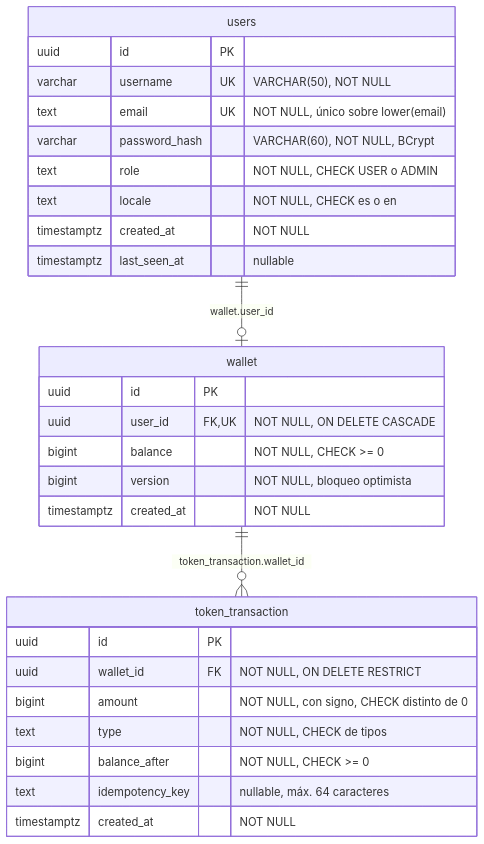
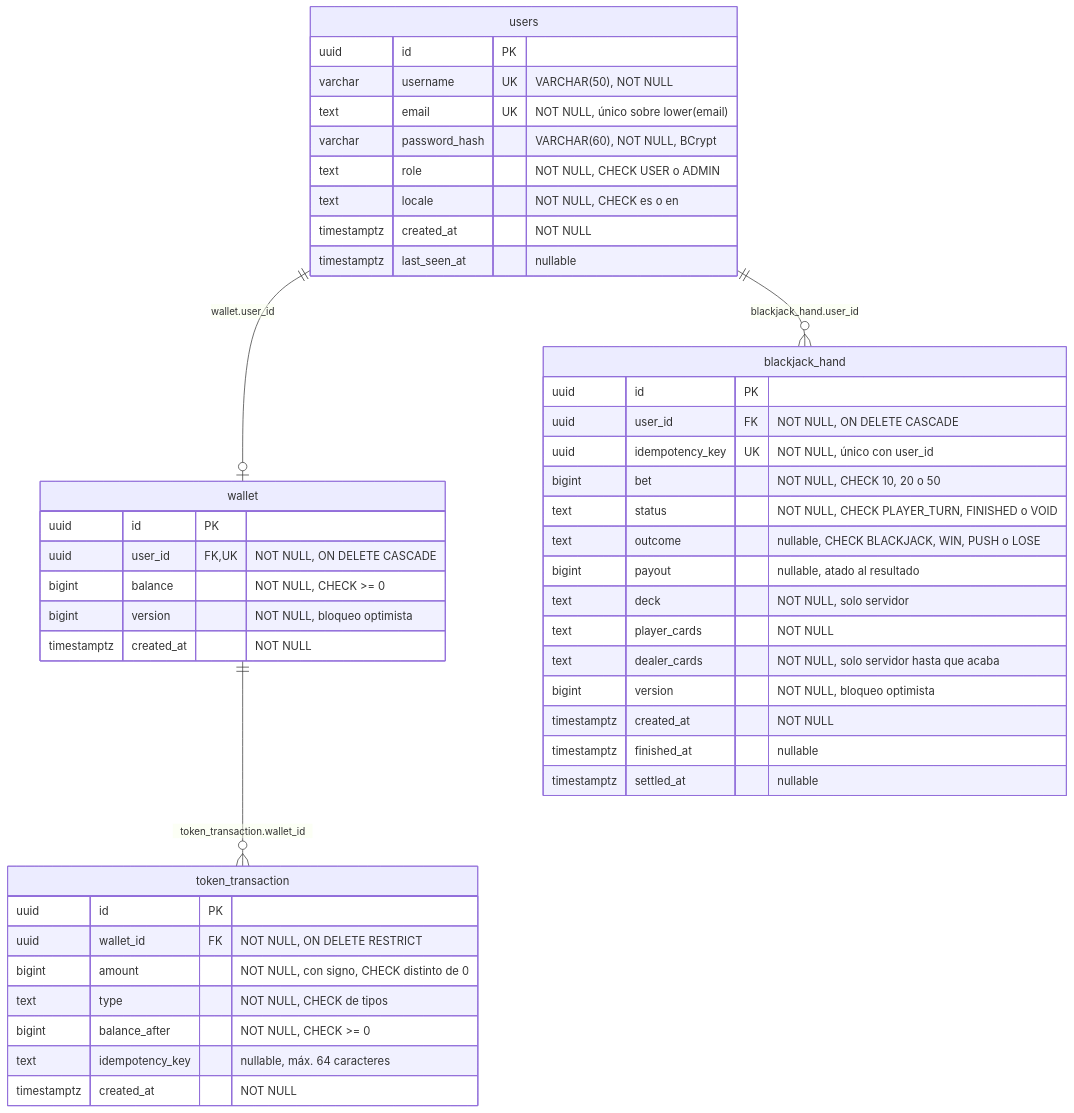
Before and after one commit to iulian640/iulianlounge-backend: the first of 6 diagrams in docs/diagramas.md, drawn with Mermaid. The commit also changed other lines of this file and 3 other files, not shown here.

Commit message:
docs: blackjack in the diagrams, README and architecture (V7) IUL-75

````diff
--- a/docs/diagramas.md
+++ b/docs/diagramas.md
@@ -11,34 +11,52 @@
 ```mermaid
 erDiagram
     users ||--o| wallet : "wallet.user_id"
     wallet ||--o{ token_transaction : "token_transaction.wallet_id"
+    users ||--o{ blackjack_hand : "blackjack_hand.user_id"
 
     users {
         uuid id PK
         varchar username UK "VARCHAR(50), NOT NULL"
         text email UK "NOT NULL, único sobre lower(email)"
         varchar password_hash "VARCHAR(60), NOT NULL, BCrypt"
         text role "NOT NULL, CHECK USER o ADMIN"
         text locale "NOT NULL, CHECK es o en"
         timestamptz created_at "NOT NULL"
         timestamptz last_seen_at "nullable"
     }
 
     wallet {
         uuid id PK
         uuid user_id FK,UK "NOT NULL, ON DELETE CASCADE"
         bigint balance "NOT NULL, CHECK >= 0"
         bigint version "NOT NULL, bloqueo optimista"
         timestamptz created_at "NOT NULL"
     }
 
     token_transaction {
         uuid id PK
         uuid wallet_id FK "NOT NULL, ON DELETE RESTRICT"
         bigint amount "NOT NULL, con signo, CHECK distinto de 0"
         text type "NOT NULL, CHECK de tipos"
         bigint balance_after "NOT NULL, CHECK >= 0"
         text idempotency_key "nullable, máx. 64 caracteres"
         timestamptz created_at "NOT NULL"
     }
+
+    blackjack_hand {
+        uuid id PK
+        uuid user_id FK "NOT NULL, ON DELETE CASCADE"
+        uuid idempotency_key UK "NOT NULL, único con user_id"
+        bigint bet "NOT NULL, CHECK 10, 20 o 50"
+        text status "NOT NULL, CHECK PLAYER_TURN, FINISHED o VOID"
+        text outcome "nullable, CHECK BLACKJACK, WIN, PUSH o LOSE"
+        bigint payout "nullable, atado al resultado"
+        text deck "NOT NULL, solo servidor"
+        text player_cards "NOT NULL"
+        text dealer_cards "NOT NULL, solo servidor hasta que acaba"
+        bigint version "NOT NULL, bloqueo optimista"
+        timestamptz created_at "NOT NULL"
+        timestamptz finished_at "nullable"
+        timestamptz settled_at "nullable"
+    }
 ```
````
